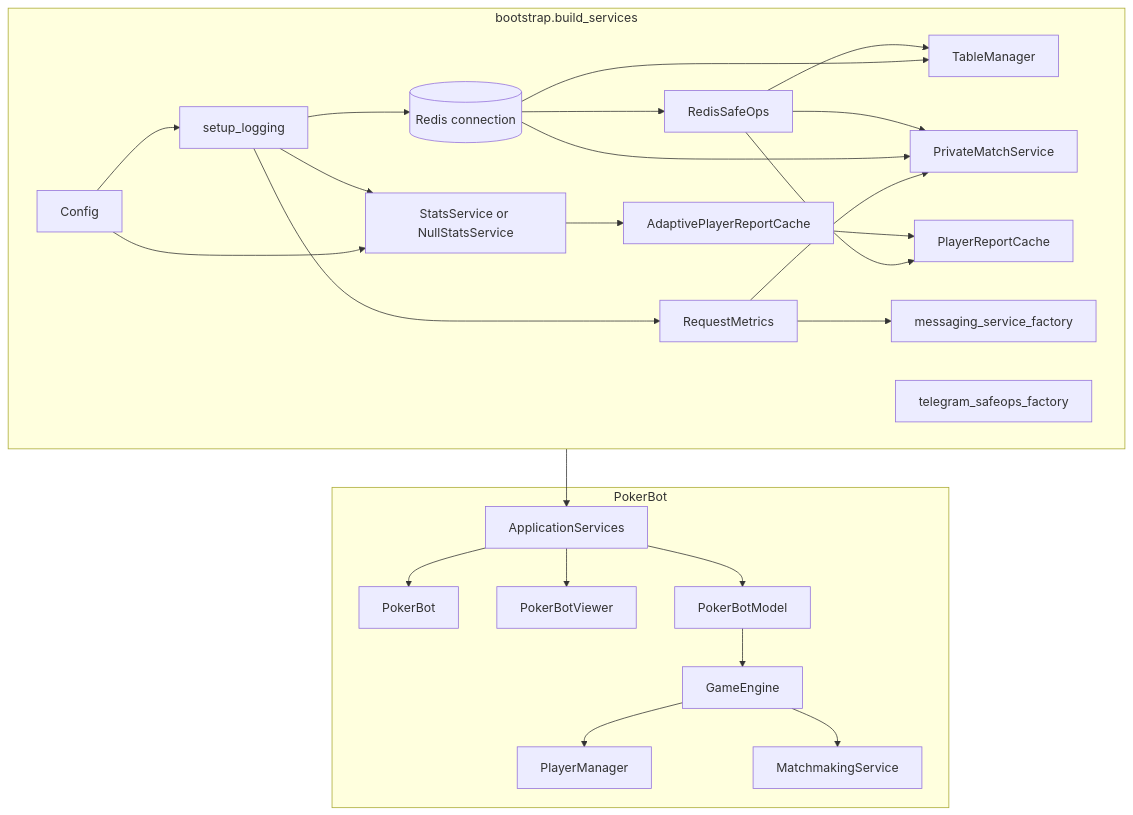
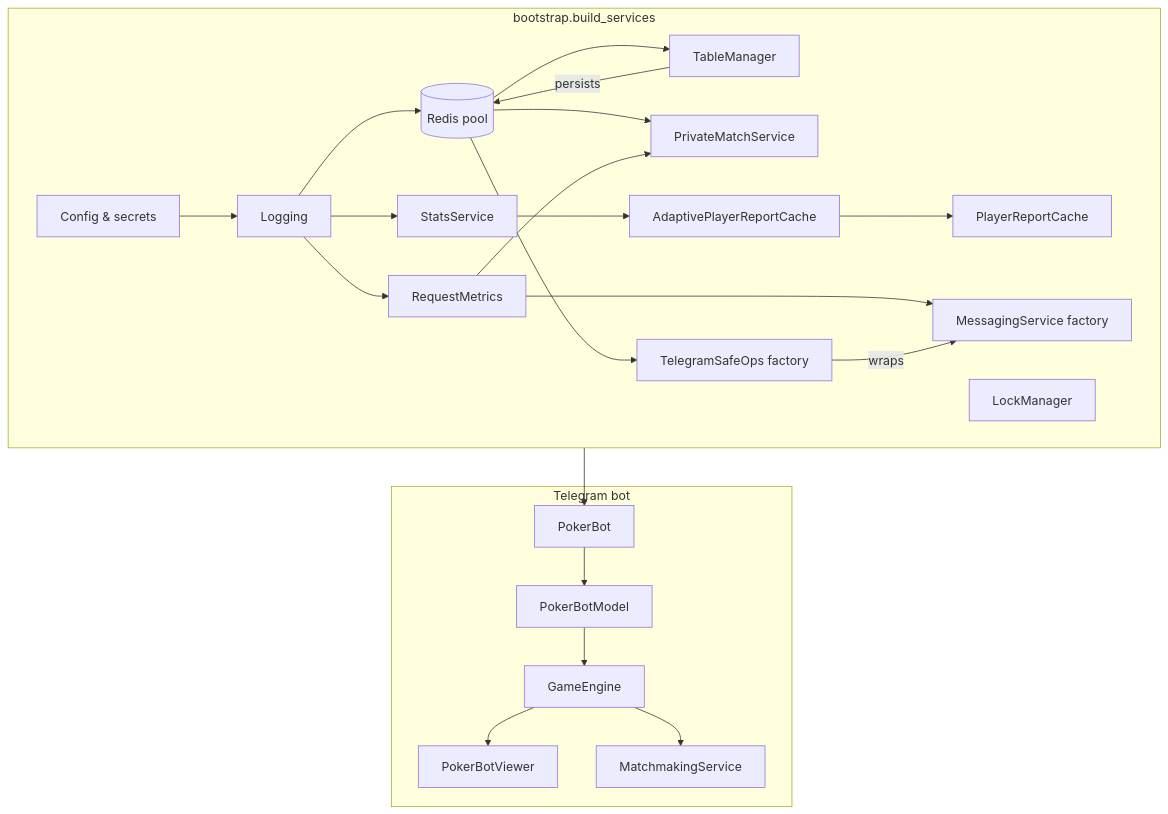
The diagram in docs/architecture.md (shahinmnm/Poker-Telegram-Bot), drawn with Mermaid before and after one commit. The commit also changed other lines of this file and 2 other files, not shown here.

Commit message:
Add architecture and game flow documentation

````diff
--- a/docs/architecture.md
+++ b/docs/architecture.md
@@ -21,51 +11,45 @@
 ```mermaid
 flowchart TD
     subgraph Bootstrap[bootstrap.build_services]
-        CFG[Config]
-        LOG[setup_logging]
-        REDIS[(Redis connection)]
-        OPS[RedisSafeOps]
-        TM[TableManager]
-        STATS[StatsService or NullStatsService]
-        CACHE[AdaptivePlayerReportCache]
-        REPORT_CACHE[PlayerReportCache]
+        CFG[Config & secrets]
+        LOG[Logging]
+        REDIS[(Redis pool)]
+        SAFEOPS[TelegramSafeOps factory]
+        MSG[MessagingService factory]
+        TABLE[TableManager]
+        STATS[StatsService]
+        ADAPTIVE[AdaptivePlayerReportCache]
+        CACHE[PlayerReportCache]
+        PRIVATE[PrivateMatchService]
         METRICS[RequestMetrics]
-        PRIV[PrivateMatchService]
-        MSGFACT[messaging_service_factory]
-        SAFEFACT[telegram_safeops_factory]
+        LOCKS[LockManager]
     end
 
     CFG --> LOG
     LOG --> REDIS
-    REDIS --> OPS
-    OPS --> TM
-    OPS --> PRIV
-    REDIS --> PRIV
+    REDIS --> TABLE
+    REDIS --> PRIVATE
+    REDIS --> SAFEOPS
     LOG --> STATS
-    CFG --> STATS
-    STATS --> CACHE
-    CACHE --> REPORT_CACHE
-    OPS --> REPORT_CACHE
+    STATS --> ADAPTIVE
+    ADAPTIVE --> CACHE
     LOG --> METRICS
-    METRICS --> MSGFACT
-    METRICS --> PRIV
-    REDIS --> TM
+    METRICS --> MSG
+    METRICS --> PRIVATE
+    TABLE -->|persists| REDIS
+    SAFEOPS -->|wraps| MSG
 
-    subgraph Application[PokerBot]
-        APP_SVC[ApplicationServices]
+    subgraph Application[Telegram bot]
         BOT[PokerBot]
-        VIEWER[PokerBotViewer]
         MODEL[PokerBotModel]
         ENGINE[GameEngine]
-        PM[PlayerManager]
-        MS[MatchmakingService]
+        VIEW[PokerBotViewer]
+        MATCH[MatchmakingService]
     end
 
-    Bootstrap --> APP_SVC
-    APP_SVC --> BOT
-    APP_SVC --> VIEWER
-    APP_SVC --> MODEL
+    Bootstrap --> BOT
+    BOT --> MODEL
     MODEL --> ENGINE
-    ENGINE --> PM
-    ENGINE --> MS
+    ENGINE --> MATCH
+    ENGINE --> VIEW
 ```
````
